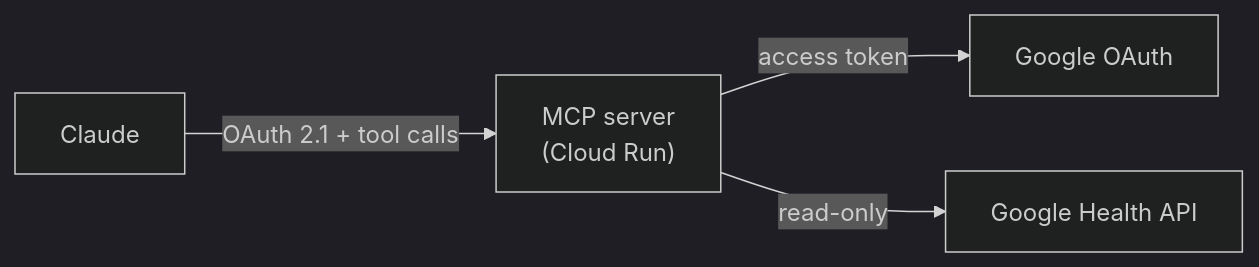
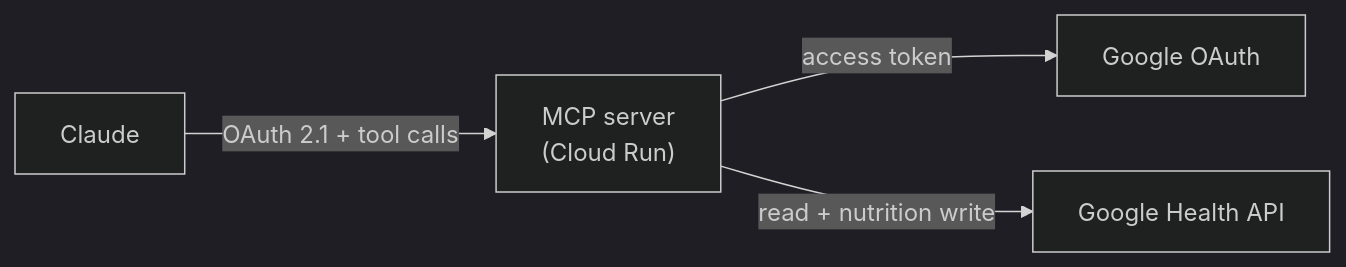
The first of 2 diagrams in README.md (ryotanakata/google-health-mcp), drawn with Mermaid (dark theme) before and after one commit. The commit also changed other lines of this file and 4 other files, not shown here.

````diff
--- a/README.md
+++ b/README.md
@@ -20,6 +20,6 @@
 ```mermaid
 flowchart LR
     C["Claude"] -- "OAuth 2.1 + tool calls" --> M["MCP server<br/>(Cloud Run)"]
     M -- "access token" --> GO["Google OAuth"]
-    M -- "read-only" --> GH["Google Health API"]
+    M -- "read + nutrition write" --> GH["Google Health API"]
 ```
````
